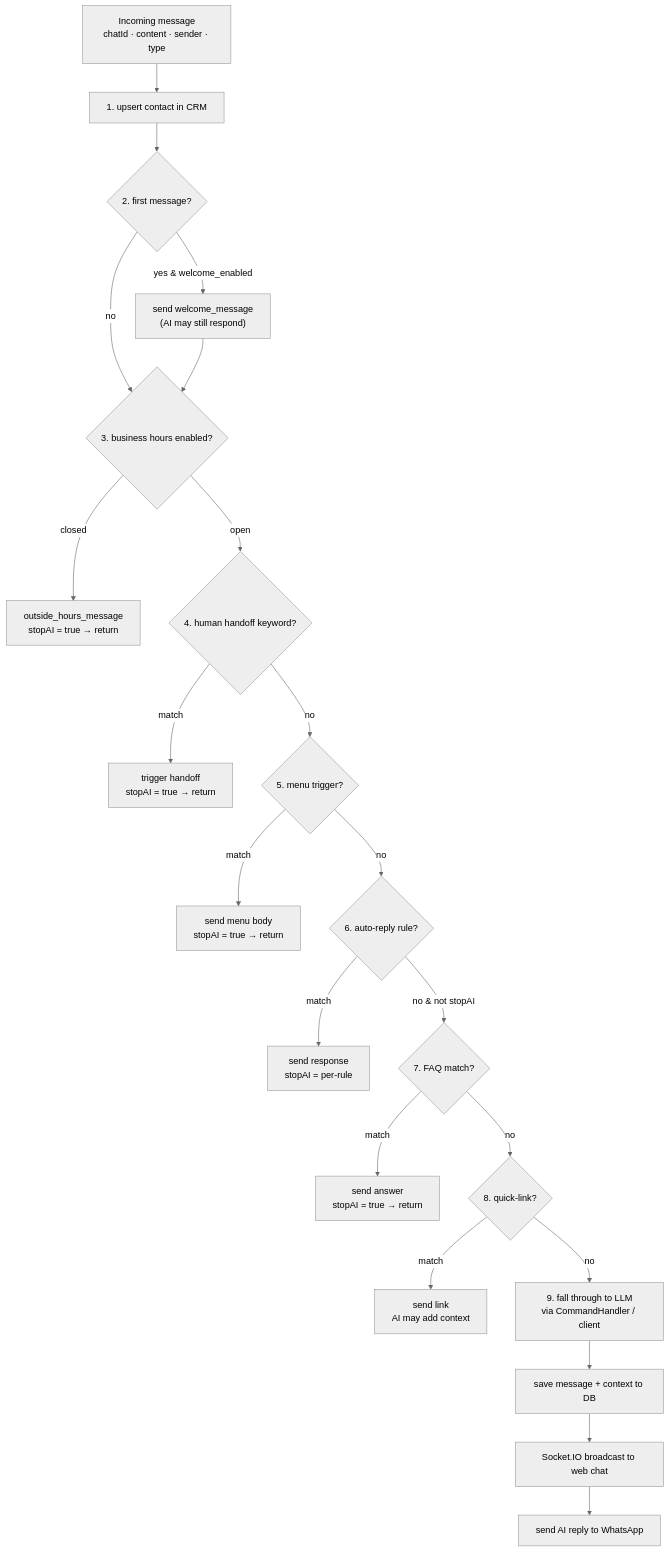
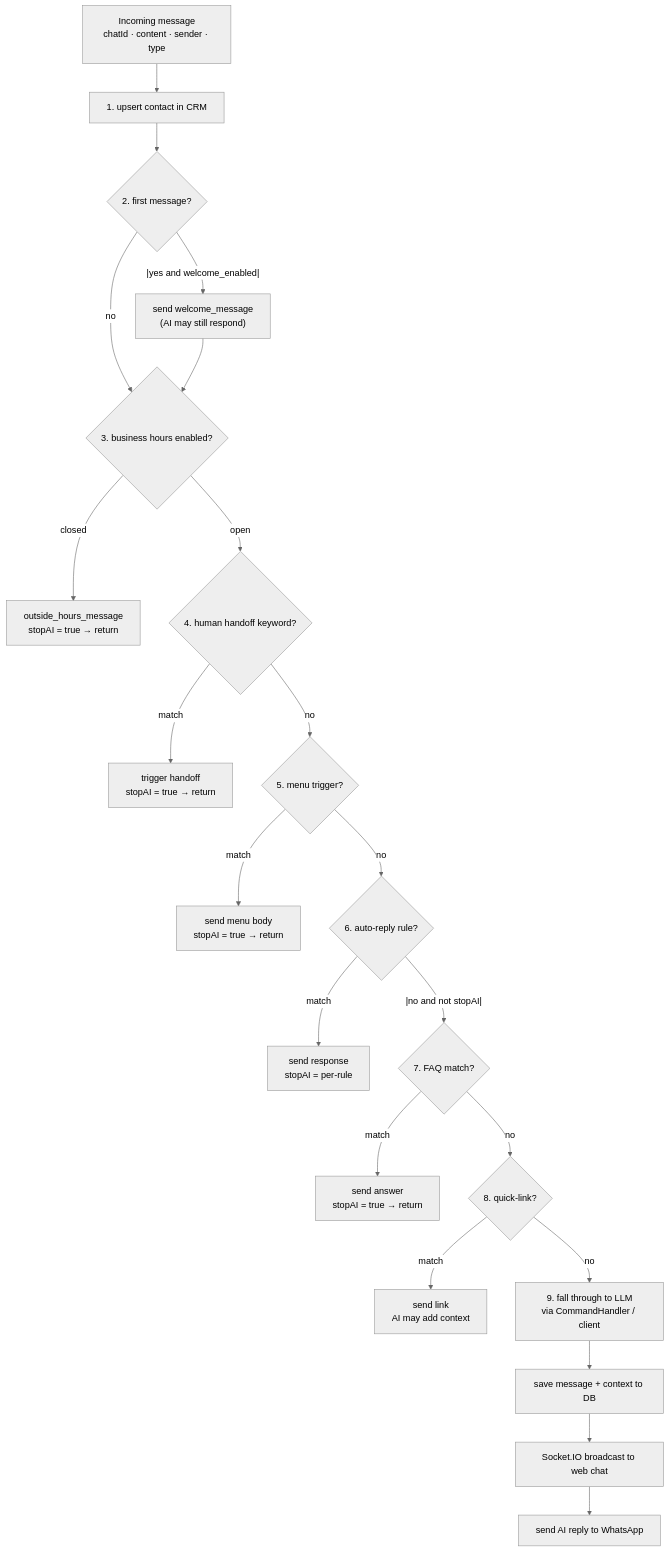
Before and after one commit to hazrid93/hazrid93: the fourth of 7 diagrams in docs/neyobytes-whatsapp-agent.md, drawn with Mermaid (neutral theme). The commit also changed other lines of this file, not shown here.

Commit message:
fix: quote mermaid labels, fix & in edges/nodes for GitHub rendering

````diff
--- a/docs/neyobytes-whatsapp-agent.md
+++ b/docs/neyobytes-whatsapp-agent.md
@@ -185,23 +185,23 @@
 ```mermaid
 flowchart TD
   IN["Incoming message<br/>chatId · content · sender · type"] --> CRM["1. upsert contact in CRM"]
   CRM --> FIRST{"2. first message?"}
-  FIRST -- yes & welcome_enabled --> WELCOME["send welcome_message<br/>(AI may still respond)"]
+  FIRST --|yes and welcome_enabled|--> WELCOME["send welcome_message<br/>(AI may still respond)"]
   FIRST -- no --> HOURS
   WELCOME --> HOURS{"3. business hours enabled?"}
   HOURS -- closed --> OUT["outside_hours_message<br/>stopAI = true → return"]
   HOURS -- open --> HANDOFF{"4. human handoff keyword?"}
   HANDOFF -- match --> HO["trigger handoff<br/>stopAI = true → return"]
   HANDOFF -- no --> MENU{"5. menu trigger?"}
   MENU -- match --> MENURES["send menu body<br/>stopAI = true → return"]
   MENU -- no --> AUTO{"6. auto-reply rule?"}
   AUTO -- match --> AUTORES["send response<br/>stopAI = per-rule"]
-  AUTO -- no & not stopAI --> FAQ{"7. FAQ match?"}
+  AUTO --|no and not stopAI|--> FAQ{"7. FAQ match?"}
   FAQ -- match --> FAQRES["send answer<br/>stopAI = true → return"]
   FAQ -- no --> LINKS{"8. quick-link?"}
   LINKS -- match --> LINKRES["send link<br/>AI may add context"]
   LINKS -- no --> AI["9. fall through to LLM<br/>via CommandHandler / client"]
   AI --> SAVE["save message + context to DB"]
   SAVE --> BROADCAST["Socket.IO broadcast to web chat"]
   BROADCAST --> REPLY["send AI reply to WhatsApp"]
 ```
````
